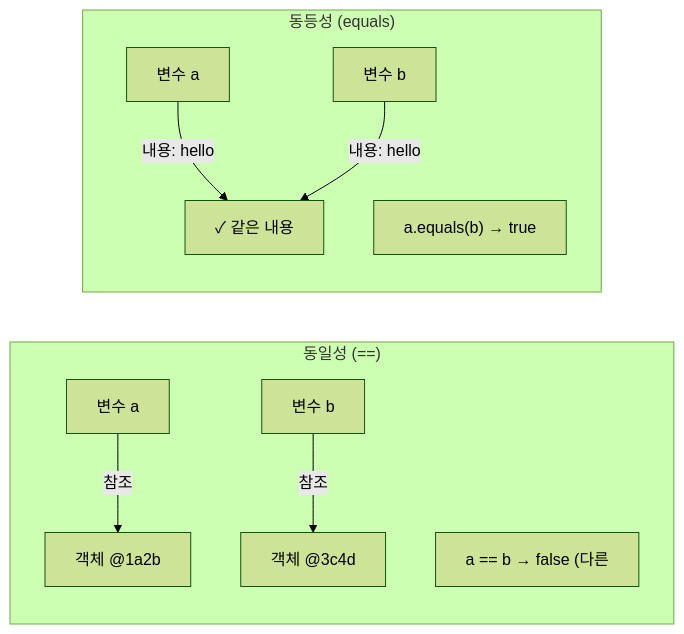
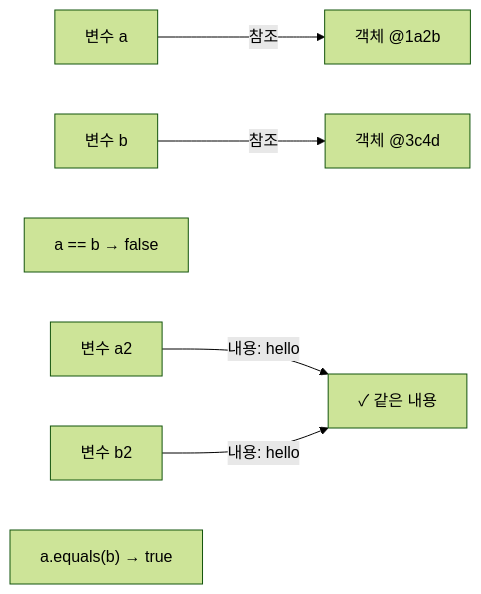
One commit to yjkim2015/yjkim2015.github.io changed the second of 6 diagrams in _posts/java/2026-05-01-java-object-class.md. Above: the diagram before and after it, drawn with Mermaid (forest theme). The commit also changed other lines of this file and 155 other files, not shown here.

First line of the commit message:
Mermaid 전면 수정: subgraph 제거, participant/노드/줄수 축소 (342블록)

````diff
--- a/_posts/java/2026-05-01-java-object-class.md
+++ b/_posts/java/2026-05-01-java-object-class.md
@@ -155,13 +155,9 @@
 ```mermaid
 graph LR
-    subgraph "동일성 (==)"
-        A1["변수 a"] -->|"참조"| O1["객체 @1a2b"]
-        B1["변수 b"] -->|"참조"| O2["객체 @3c4d"]
-        R1["a == b → false (다른"]
-    end
-    subgraph "동등성 (equals)"
-        A2["변수 a"] -->|"내용: hello"| C1["✓ 같은 내용"]
-        B2["변수 b"] -->|"내용: hello"| C1
-        R2["a.equals(b) → true"]
-    end
+    A1["변수 a"] -->|"참조"| O1["객체 @1a2b"]
+    B1["변수 b"] -->|"참조"| O2["객체 @3c4d"]
+    R1["a == b → false"]
+    A2["변수 a2"] -->|"내용: hello"| C1["✓ 같은 내용"]
+    B2["변수 b2"] -->|"내용: hello"| C1
+    R2["a.equals(b) → true"]
 ```
````
